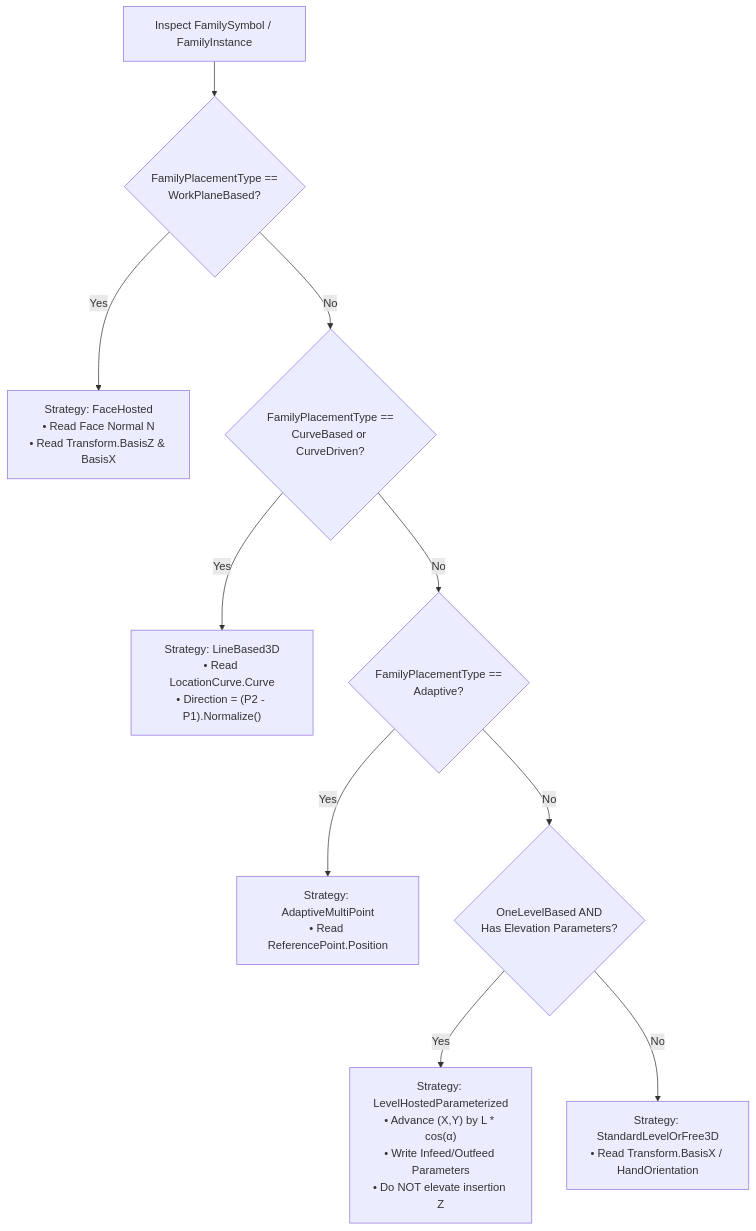
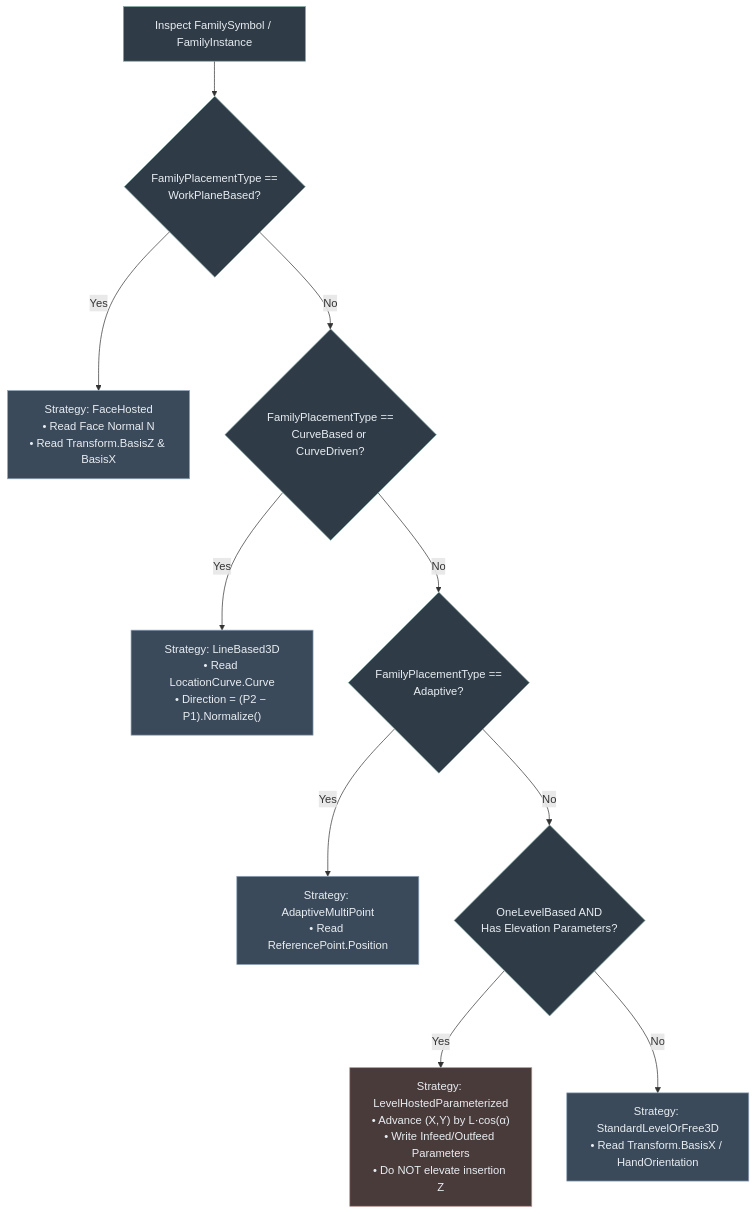
One commit to Mustafa-TOMMY/CommandSamplesRevitApiVer2025 changed the seventh of 7 diagrams in RevitApiSamples/Samples/Transform/Transform.md. Above: the diagram before and after it, drawn with Mermaid. The commit also changed other lines of this file, not shown here.

````diff
--- a/RevitApiSamples/Samples/Transform/Transform.md
+++ b/RevitApiSamples/Samples/Transform/Transform.md
@@ -211,16 +298,23 @@
 ```mermaid
 flowchart TD
     Start["Inspect FamilySymbol / FamilyInstance"] --> CheckFace{"FamilyPlacementType ==<br/>WorkPlaneBased?"}
-    
+
     CheckFace -- Yes --> FaceStrat["Strategy: FaceHosted<br/>• Read Face Normal N<br/>• Read Transform.BasisZ & BasisX"]
     CheckFace -- No --> CheckCurve{"FamilyPlacementType ==<br/>CurveBased or CurveDriven?"}
-    
-    CheckCurve -- Yes --> CurveStrat["Strategy: LineBased3D<br/>• Read LocationCurve.Curve<br/>• Direction = (P2 - P1).Normalize()"]
+
+    CheckCurve -- Yes --> CurveStrat["Strategy: LineBased3D<br/>• Read LocationCurve.Curve<br/>• Direction = (P2 − P1).Normalize()"]
     CheckCurve -- No --> CheckAdaptive{"FamilyPlacementType ==<br/>Adaptive?"}
-    
+
     CheckAdaptive -- Yes --> AdaptStrat["Strategy: AdaptiveMultiPoint<br/>• Read ReferencePoint.Position"]
     CheckAdaptive -- No --> CheckParams{"OneLevelBased AND<br/>Has Elevation Parameters?"}
-    
-    CheckParams -- Yes --> ParamStrat["Strategy: LevelHostedParameterized<br/>• Advance (X,Y) by L * cos(α)<br/>• Write Infeed/Outfeed Parameters<br/>• Do NOT elevate insertion Z"]
+
+    CheckParams -- Yes --> ParamStrat["Strategy: LevelHostedParameterized<br/>• Advance (X,Y) by L·cos(α)<br/>• Write Infeed/Outfeed Parameters<br/>• Do NOT elevate insertion Z"]
     CheckParams -- No --> FreeStrat["Strategy: StandardLevelOrFree3D<br/>• Read Transform.BasisX / HandOrientation"]
+
+    classDef decision fill:#2f3b46,stroke:#7ea3a0,color:#e8edf2;
+    classDef strat fill:#3b4a5a,stroke:#8fa3b8,color:#e8edf2;
+    classDef paramStrat fill:#4a3b3b,stroke:#b88f8f,color:#e8edf2;
+    class Start,CheckFace,CheckCurve,CheckAdaptive,CheckParams decision
+    class FaceStrat,CurveStrat,AdaptStrat,FreeStrat strat
+    class ParamStrat paramStrat
 ```
````
